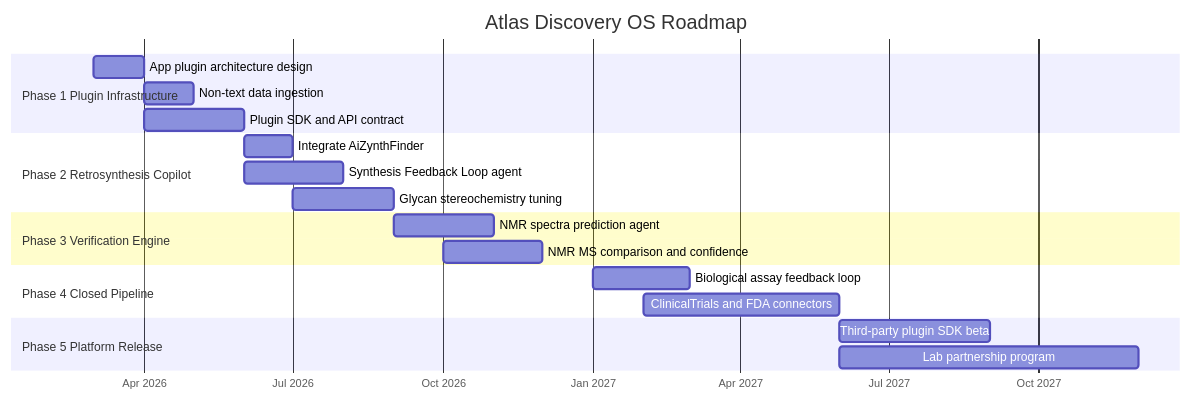
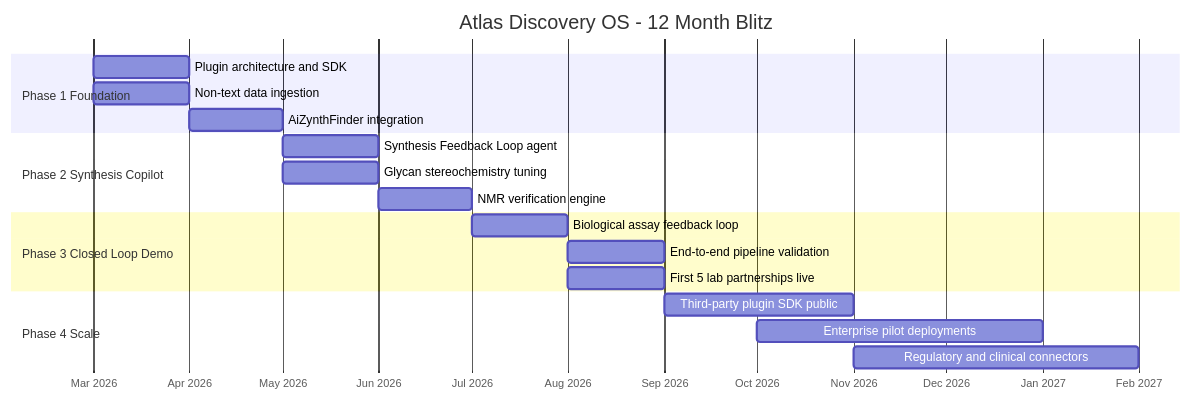
The tenth of 10 diagrams in ATLAS_DISCOVERY_VISION.md (AidanSYu/Atlas-OS), drawn with Mermaid before and after one commit. The commit also changed other lines of this file and 1 other file, not shown here.

````diff
--- a/ATLAS_DISCOVERY_VISION.md
+++ b/ATLAS_DISCOVERY_VISION.md
@@ -586,28 +592,26 @@
 ```mermaid
 gantt
-    title Atlas Discovery OS Roadmap
+    title Atlas Discovery OS - 12 Month Blitz
     dateFormat YYYY-MM
     axisFormat %b %Y
 
-    section Phase 1 Plugin Infrastructure
-    App plugin architecture design     :p1a, 2026-03, 2026-04
-    Non-text data ingestion            :p1b, 2026-04, 2026-05
-    Plugin SDK and API contract        :p1c, 2026-04, 2026-06
+    section Phase 1 Foundation
+    Plugin architecture and SDK        :p1a, 2026-03, 2026-04
+    Non-text data ingestion            :p1b, 2026-03, 2026-04
+    AiZynthFinder integration          :p1c, 2026-04, 2026-05
 
-    section Phase 2 Retrosynthesis Copilot
-    Integrate AiZynthFinder            :p2a, 2026-06, 2026-07
-    Synthesis Feedback Loop agent      :p2b, 2026-06, 2026-08
-    Glycan stereochemistry tuning      :p2c, 2026-07, 2026-09
+    section Phase 2 Synthesis Copilot
+    Synthesis Feedback Loop agent      :p2a, 2026-05, 2026-06
+    Glycan stereochemistry tuning      :p2b, 2026-05, 2026-06
+    NMR verification engine            :p2c, 2026-06, 2026-07
 
-    section Phase 3 Verification Engine
-    NMR spectra prediction agent       :p3a, 2026-09, 2026-11
-    NMR MS comparison and confidence   :p3b, 2026-10, 2026-12
+    section Phase 3 Closed Loop Demo
+    Biological assay feedback loop     :p3a, 2026-07, 2026-08
+    End-to-end pipeline validation     :p3b, 2026-08, 2026-09
+    First 5 lab partnerships live      :p3c, 2026-08, 2026-09
 
-    section Phase 4 Closed Pipeline
-    Biological assay feedback loop     :p4a, 2027-01, 2027-03
-    ClinicalTrials and FDA connectors  :p4b, 2027-02, 2027-06
-
-    section Phase 5 Platform Release
-    Third-party plugin SDK beta        :p5a, 2027-06, 2027-09
-    Lab partnership program            :p5b, 2027-06, 2027-12
+    section Phase 4 Scale
+    Third-party plugin SDK public      :p4a, 2026-09, 2026-11
+    Enterprise pilot deployments       :p4b, 2026-10, 2027-01
+    Regulatory and clinical connectors :p4c, 2026-11, 2027-02
 ```
````
